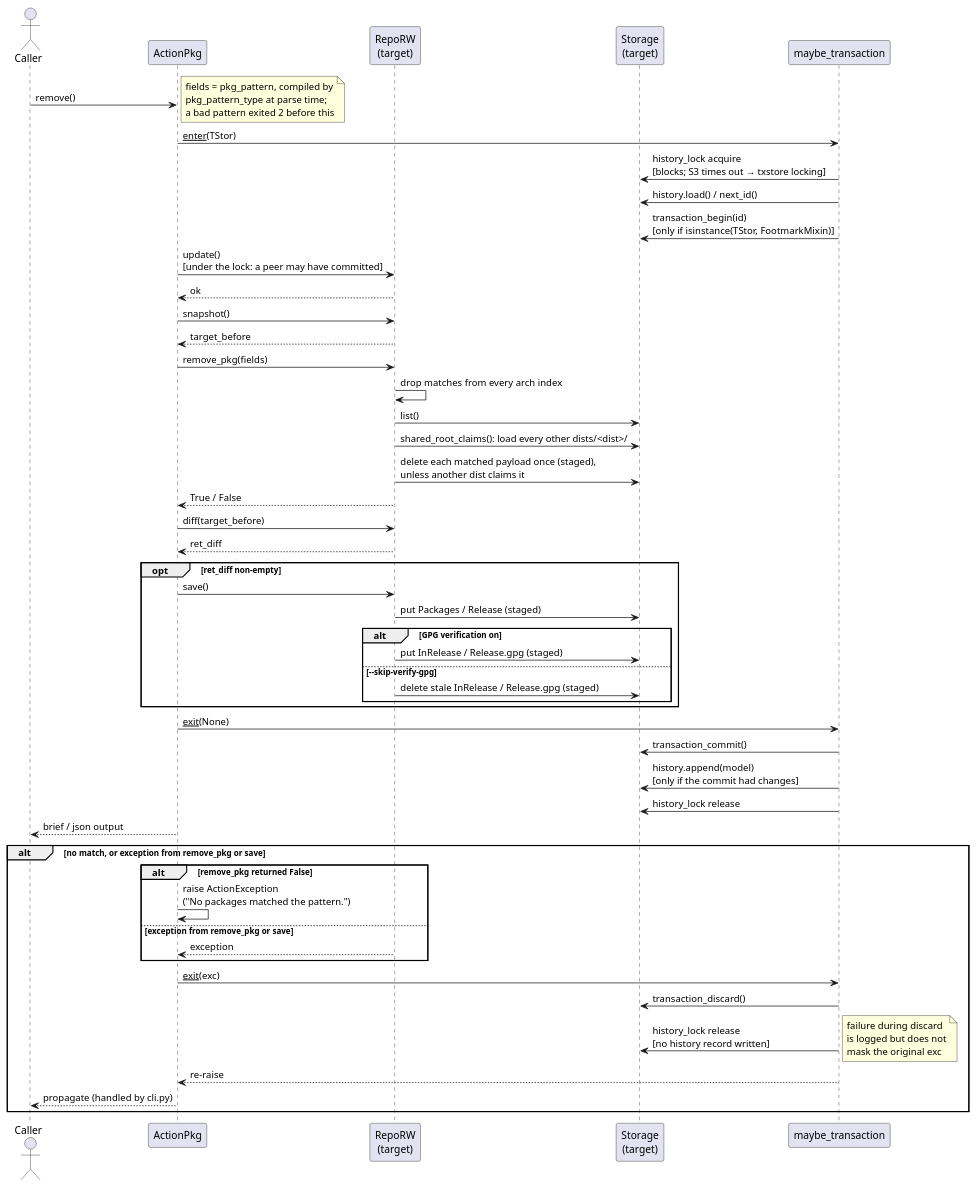
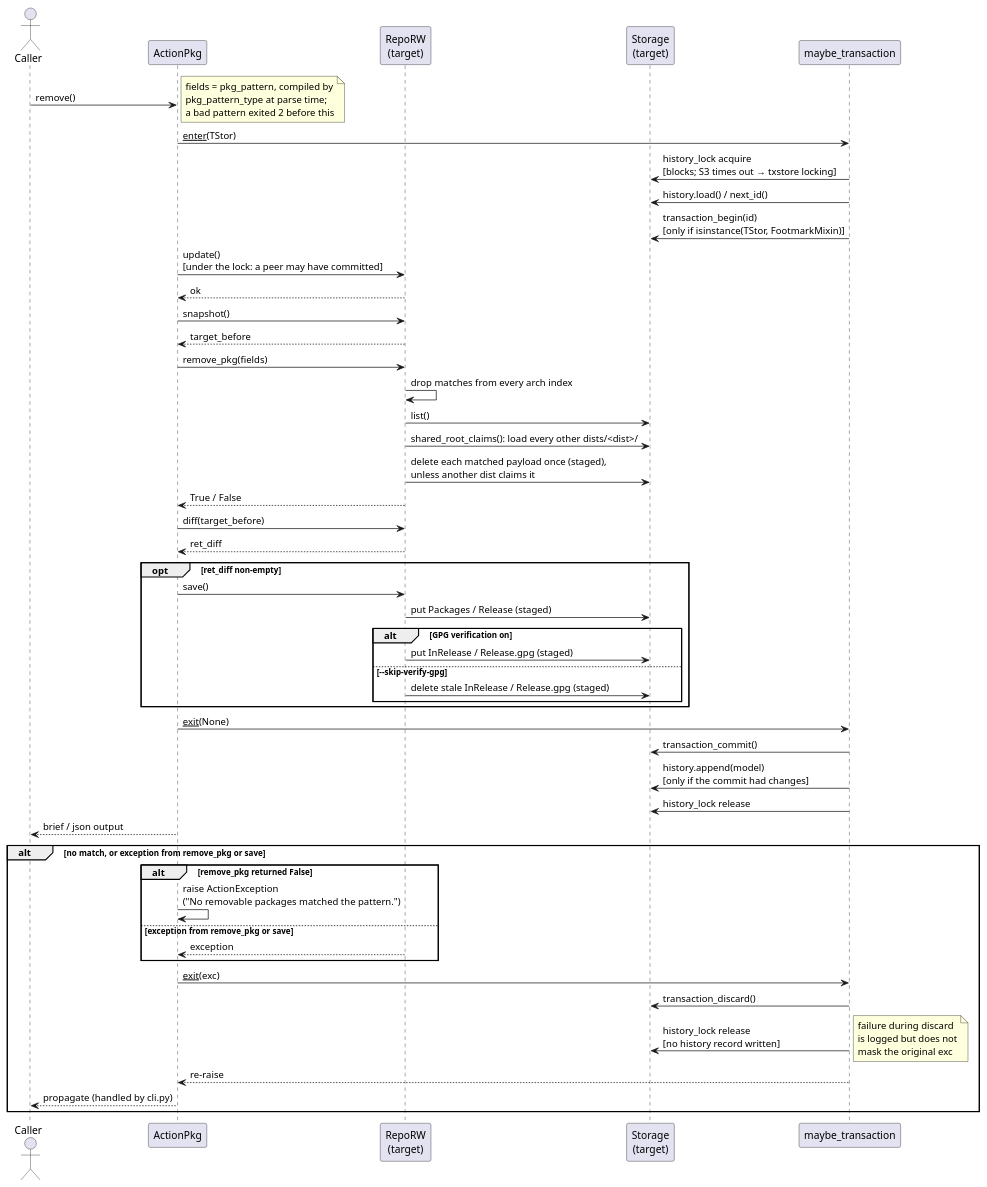
Before and after one commit to vinklat/debkit: the diagram in docs/development/diagrams/action-pkg-remove-sequence.puml, drawn with PlantUML. The commit also changed 50 other files, not shown here.

```diff
--- a/docs/development/diagrams/action-pkg-remove-sequence.puml
+++ b/docs/development/diagrams/action-pkg-remove-sequence.puml
@@ -1,63 +1,63 @@
 @startuml
 actor Caller
 participant ActionPkg
 participant "RepoRW\n(target)" as Tgt
 participant "Storage\n(target)" as TStor
 participant "maybe_transaction" as CM
 
 Caller -> ActionPkg: remove()
 note right
   fields = pkg_pattern, compiled by
   pkg_pattern_type at parse time;
   a bad pattern exited 2 before this
 end note
 
 ActionPkg -> CM: __enter__(TStor)
 CM -> TStor: history_lock acquire\n[blocks; S3 times out → txstore locking]
 CM -> TStor: history.load() / next_id()
 CM -> TStor: transaction_begin(id)\n[only if isinstance(TStor, FootmarkMixin)]
 
 ActionPkg -> Tgt: update()\n[under the lock: a peer may have committed]
 Tgt --> ActionPkg: ok
 ActionPkg -> Tgt: snapshot()
 Tgt --> ActionPkg: target_before
 
 ActionPkg -> Tgt: remove_pkg(fields)
 Tgt -> Tgt: drop matches from every arch index
 Tgt -> TStor: list()
 Tgt -> TStor: shared_root_claims(): load every other dists/<dist>/
 Tgt -> TStor: delete each matched payload once (staged),\nunless another dist claims it
 Tgt --> ActionPkg: True / False
 ActionPkg -> Tgt: diff(target_before)
 Tgt --> ActionPkg: ret_diff
 opt ret_diff non-empty
   ActionPkg -> Tgt: save()
   Tgt -> TStor: put Packages / Release (staged)
   alt GPG verification on
     Tgt -> TStor: put InRelease / Release.gpg (staged)
   else --skip-verify-gpg
     Tgt -> TStor: delete stale InRelease / Release.gpg (staged)
   end
 end
 
 ActionPkg -> CM: __exit__(None)
 CM -> TStor: transaction_commit()
 CM -> TStor: history.append(model)\n[only if the commit had changes]
 CM -> TStor: history_lock release
 
 ActionPkg --> Caller: brief / json output
 
 alt no match, or exception from remove_pkg or save
   alt remove_pkg returned False
-    ActionPkg -> ActionPkg: raise ActionException\n("No packages matched the pattern.")
+    ActionPkg -> ActionPkg: raise ActionException\n("No removable packages matched the pattern.")
   else exception from remove_pkg or save
     Tgt --> ActionPkg: exception
   end
   ActionPkg -> CM: __exit__(exc)
   CM -> TStor: transaction_discard()
   CM -> TStor: history_lock release\n[no history record written]
   note right: failure during discard\nis logged but does not\nmask the original exc
   CM --> ActionPkg: re-raise
   ActionPkg --> Caller: propagate (handled by cli.py)
 end
 @enduml
```
